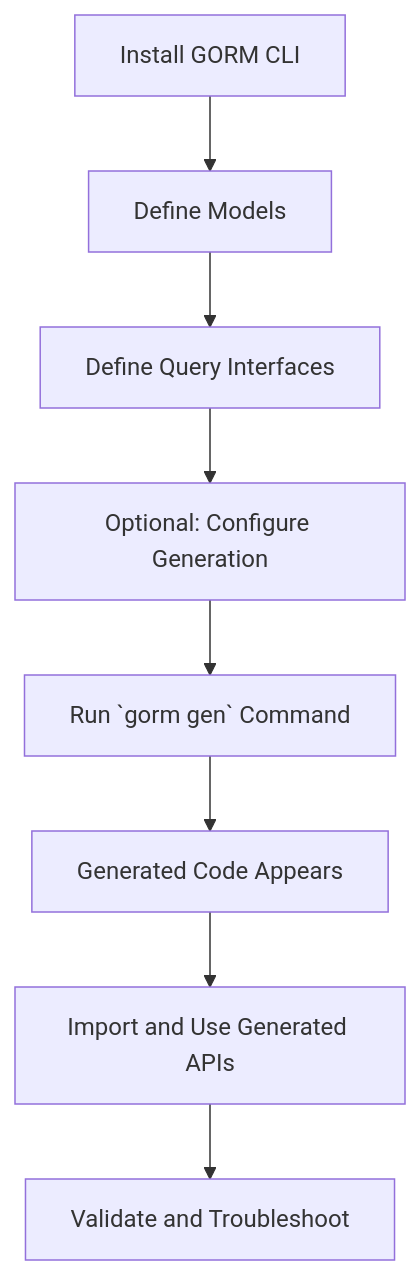
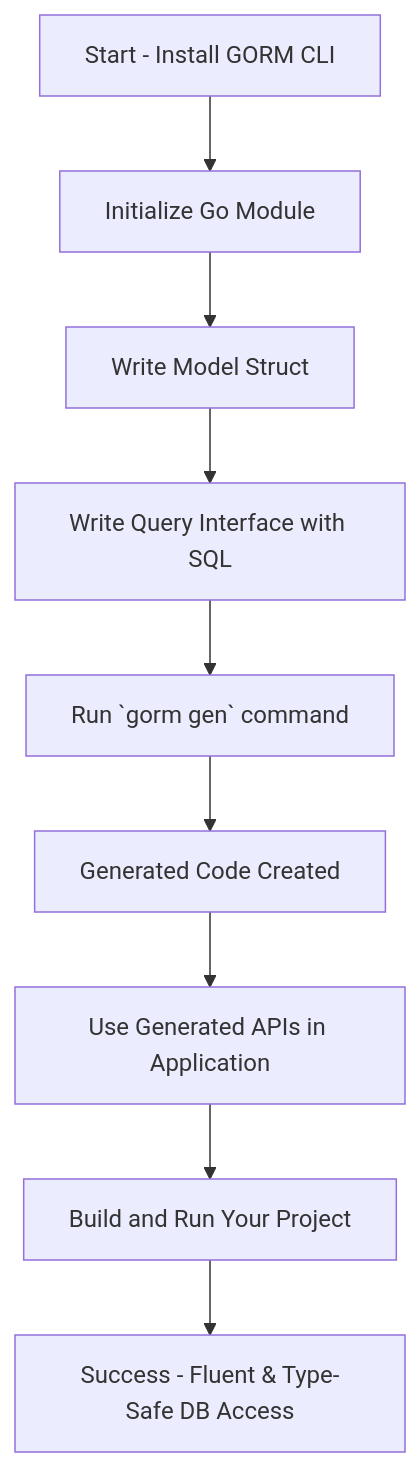
One commit to clidey/docucod-public-project-3a0e48a9-6b86-4d21-a930-072fe9723c66 changed the diagram in guides/core-workflows/getting-started.mdx. Above: the diagram before and after it, drawn with Mermaid. The commit also changed other lines of this file and 31 other files, not shown here.

````diff
--- a/guides/core-workflows/getting-started.mdx
+++ b/guides/core-workflows/getting-started.mdx
@@ -246,10 +254,11 @@
 ```mermaid
 flowchart TD
-  A[Install GORM CLI] --> B[Define Models]
-  B --> C[Define Query Interfaces]
-  C --> D[Optional: Configure Generation]
-  D --> E[Run `gorm gen` Command]
-  E --> F[Generated Code Appears]
-  F --> G[Import and Use Generated APIs]
-  G --> H[Validate and Troubleshoot]
+  A[Start - Install GORM CLI] --> B[Initialize Go Module]
+  B --> C[Write Model Struct]
+  C --> D[Write Query Interface with SQL]
+  D --> E[Run `gorm gen` command]
+  E --> F[Generated Code Created]
+  F --> G[Use Generated APIs in Application]
+  G --> H[Build and Run Your Project]
+  H --> I[Success - Fluent & Type-Safe DB Access]
 ```
````
